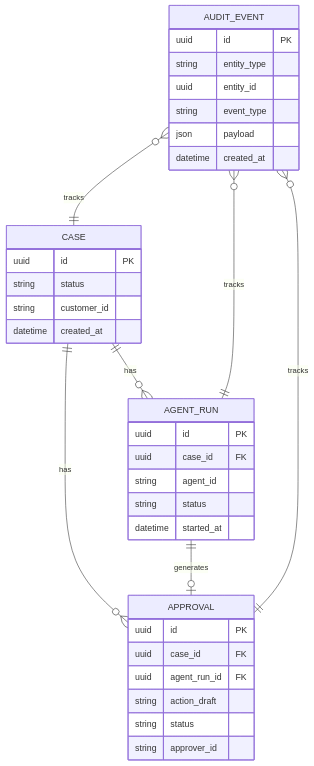
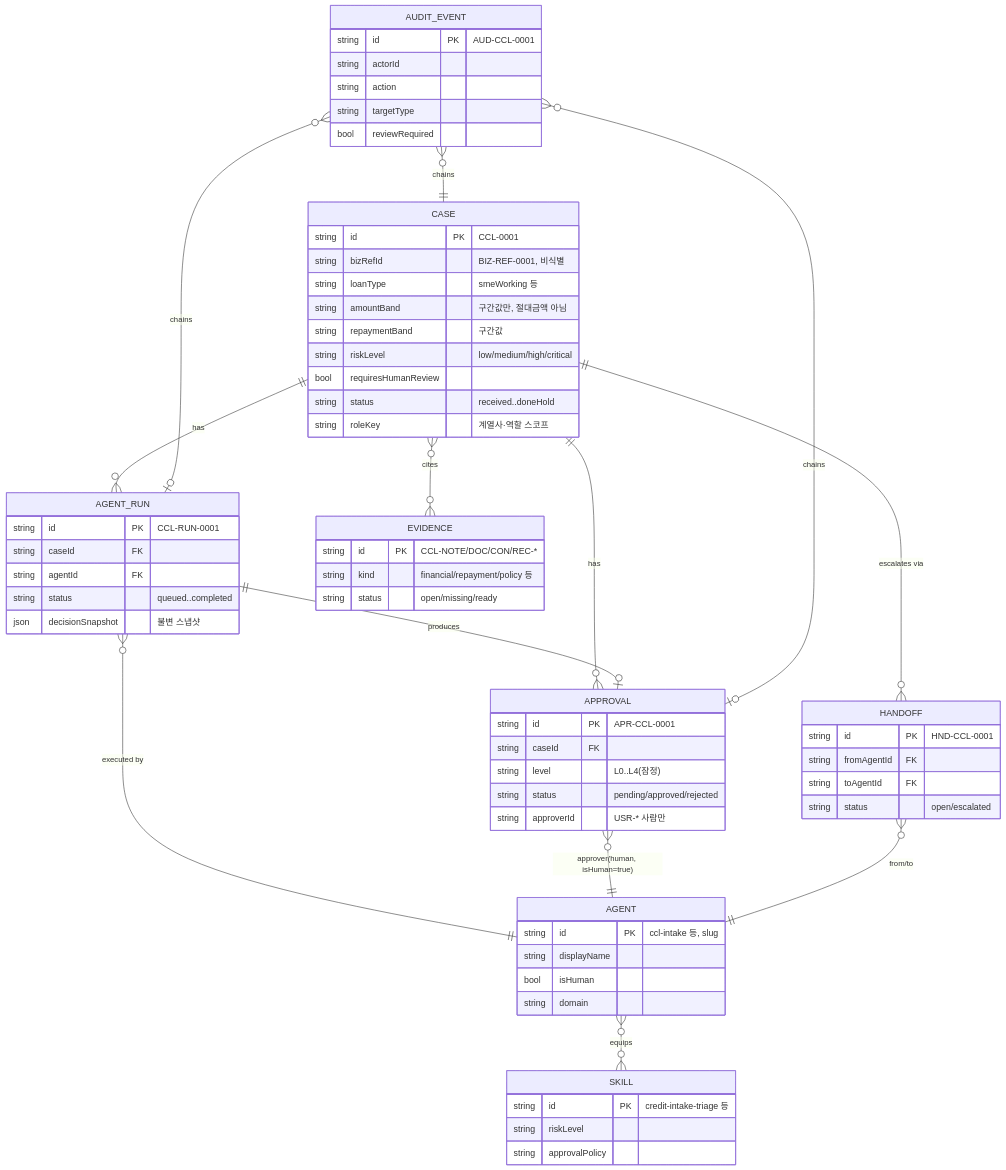
Before and after one commit to LSB-afk/JB-FinAI-Challenge-GoLAB-JByond: the diagram in 08_본선/03_제품/05_diagrams/04_erd.md, drawn with Mermaid. The commit also changed other lines of this file and 6 other files, not shown here.

First line of the commit message:
docs(본선): 05_diagrams 6종 최신화(실코드 근거) + _원문 gitignore 강화

````diff
--- a/08_본선/03_제품/05_diagrams/04_erd.md
+++ b/08_본선/03_제품/05_diagrams/04_erd.md
@@ -27,39 +35,70 @@
 ```mermaid
 erDiagram
+    CASE ||--o{ AGENT_RUN : "has"
+    CASE ||--o{ APPROVAL : "has"
+    CASE }o--o{ EVIDENCE : "cites"
+    CASE ||--o{ HANDOFF : "escalates via"
+    AGENT_RUN ||--o| APPROVAL : "produces"
+    AGENT_RUN }o--|| AGENT : "executed by"
+    AGENT }o--o{ SKILL : "equips"
+    APPROVAL }o--|| AGENT : "approver(human, isHuman=true)"
+    AUDIT_EVENT }o--|| CASE : "chains"
+    AUDIT_EVENT }o--o| AGENT_RUN : "chains"
+    AUDIT_EVENT }o--o| APPROVAL : "chains"
+    HANDOFF }o--|| AGENT : "from/to"
+
     CASE {
-        uuid id PK
-        string status
-        string customer_id
-        datetime created_at
+        string id PK "CCL-0001"
+        string bizRefId "BIZ-REF-0001, 비식별"
+        string loanType "smeWorking 등"
+        string amountBand "구간값만, 절대금액 아님"
+        string repaymentBand "구간값"
+        string riskLevel "low/medium/high/critical"
+        bool requiresHumanReview
+        string status "received..doneHold"
+        string roleKey "계열사·역할 스코프"
     }
     AGENT_RUN {
-        uuid id PK
-        uuid case_id FK
-        string agent_id
-        string status
-        datetime started_at
+        string id PK "CCL-RUN-0001"
+        string caseId FK
+        string agentId FK
+        string status "queued..completed"
+        json decisionSnapshot "불변 스냅샷"
+    }
+    AGENT {
+        string id PK "ccl-intake 등, slug"
+        string displayName
+        bool isHuman
+        string domain
+    }
+    SKILL {
+        string id PK "credit-intake-triage 등"
+        string riskLevel
+        string approvalPolicy
+    }
+    EVIDENCE {
+        string id PK "CCL-NOTE/DOC/CON/REC-*"
+        string kind "financial/repayment/policy 등"
+        string status "open/missing/ready"
     }
     APPROVAL {
-        uuid id PK
-        uuid case_id FK
-        uuid agent_run_id FK
-        string action_draft
-        string status
-        string approver_id
+        string id PK "APR-CCL-0001"
+        string caseId FK
+        string level "L0..L4(잠정)"
+        string status "pending/approved/rejected"
+        string approverId "USR-* 사람만"
     }
     AUDIT_EVENT {
-        uuid id PK
-        string entity_type
-        uuid entity_id
-        string event_type
-        json payload
-        datetime created_at
+        string id PK "AUD-CCL-0001"
+        string actorId
+        string action
+        string targetType
+        bool reviewRequired
     }
-
-    CASE ||--o{ AGENT_RUN : "has"
-    CASE ||--o{ APPROVAL : "has"
-    AGENT_RUN ||--o| APPROVAL : "generates"
-    AUDIT_EVENT }o--|| CASE : "tracks"
-    AUDIT_EVENT }o--|| AGENT_RUN : "tracks"
-    AUDIT_EVENT }o--|| APPROVAL : "tracks"
+    HANDOFF {
+        string id PK "HND-CCL-0001"
+        string fromAgentId FK
+        string toAgentId FK
+        string status "open/escalated"
+    }
 ```
````
